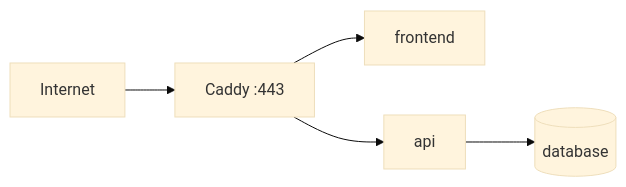
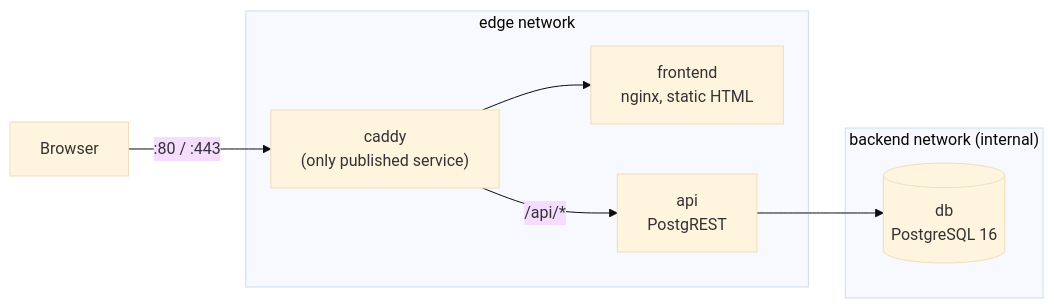
One commit to sameeralam3127/compute-central-docs changed the diagram in docs/docker/14-caddy-web-app-lab.md. Above: the diagram before and after it, drawn with Mermaid (base theme). The commit also changed other lines of this file and 133 other files, not shown here.

````diff
--- a/docs/docker/14-caddy-web-app-lab.md
+++ b/docs/docker/14-caddy-web-app-lab.md
@@ -7,7 +22,11 @@
 ```mermaid
 flowchart LR
-  I[Internet] --> C[Caddy :443]
-  C --> F[frontend]
-  C --> A[api]
-  A --> D[(database)]
+  I[Browser] -->|":80 / :443"| C["caddy<br>(only published service)"]
+  subgraph edge network
+    C --> F["frontend<br>nginx, static HTML"]
+    C -->|"/api/*"| A["api<br>PostgREST"]
+  end
+  subgraph "backend network (internal)"
+    A --> D[("db<br>PostgreSQL 16")]
+  end
 ```
````
